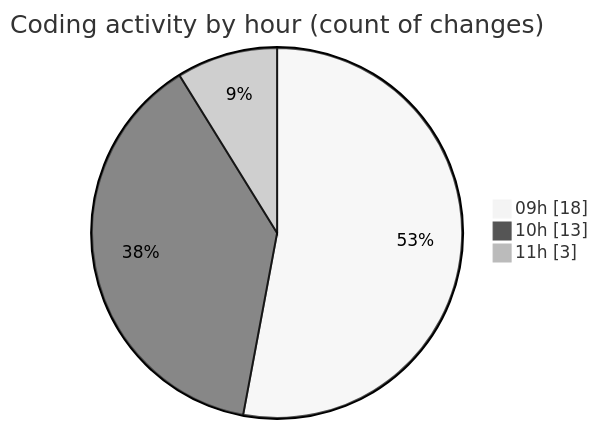
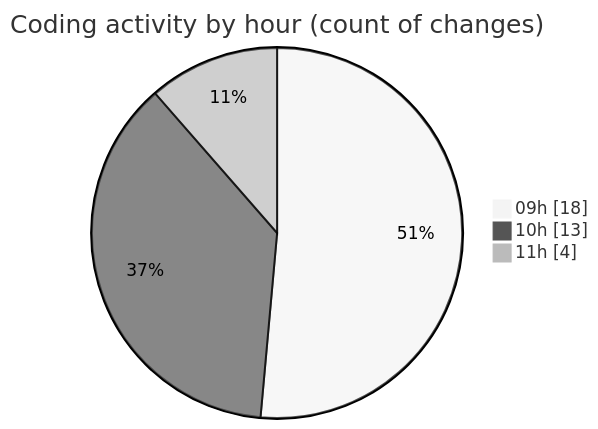
Before and after one commit to momahboobian/code-tracking: the second of 2 diagrams in 2026-08-12/cda/README.md, drawn with Mermaid (neutral theme). The commit also changed other lines of this file and 1 other file, not shown here.

````diff
--- a/2026-08-12/cda/README.md
+++ b/2026-08-12/cda/README.md
@@ -48,7 +50,7 @@
 ```mermaid
 pie showData
 title Coding activity by hour (count of changes)
 "09h" : 18
 "10h" : 13
-"11h" : 3
+"11h" : 4
 ```
````
